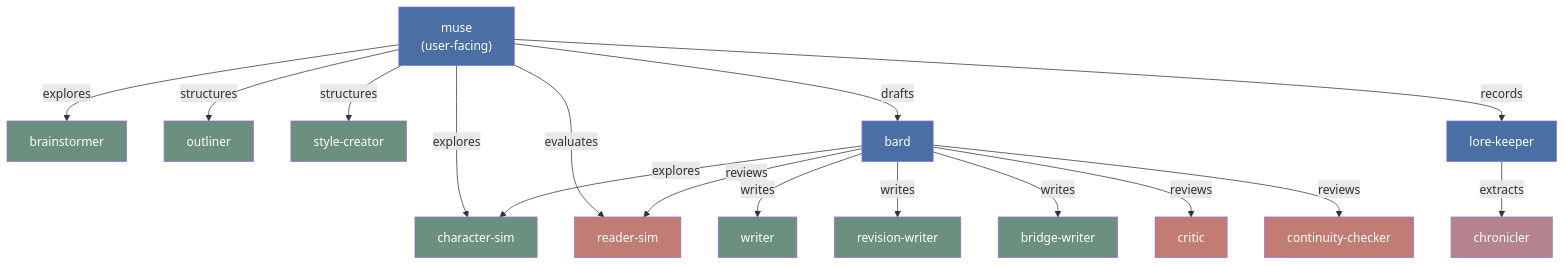
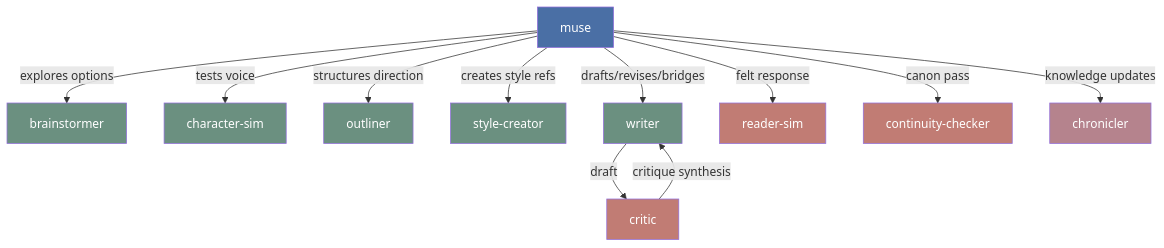
One commit to haowjy/creative-writing-skills changed the first of 2 diagrams in docs/architecture.md. Above: the diagram before and after it, drawn with Mermaid. The commit also changed other lines of this file and 56 other files, not shown here.

````diff
--- a/docs/architecture.md
+++ b/docs/architecture.md
@@ -7,32 +10,27 @@
 ```mermaid
 graph TD
-    SO["muse<br/>(user-facing)"]
+    M[muse]
 
-    SO -->|explores| BS[brainstormer]
-    SO -->|explores| CS[character-sim]
-    SO -->|evaluates| RS[reader-sim]
-    SO -->|structures| OL[outliner]
-    SO -->|structures| SC[style-creator]
-    SO -->|drafts| DO[bard]
-    SO -->|records| KO[lore-keeper]
+    M -->|explores options| B[brainstormer]
+    M -->|tests voice| CS[character-sim]
+    M -->|structures direction| O[outliner]
+    M -->|creates style refs| S[style-creator]
 
-    DO -->|writes| WR[writer]
-    DO -->|writes| RW[revision-writer]
-    DO -->|writes| BW[bridge-writer]
-    DO -->|explores| CS[character-sim]
-    DO -->|reviews| CR[critic]
-    DO -->|reviews| CC[continuity-checker]
-    DO -->|reviews| RS[reader-sim]
+    M -->|drafts/revises/bridges| W[writer]
+    W -->|draft| C[critic]
+    C -->|critique synthesis| W
+    M -->|felt response| R[reader-sim]
+    M -->|canon pass| CC[continuity-checker]
 
-    KO -->|extracts| CH[chronicler]
+    M -->|knowledge updates| CH[chronicler]
 
-    classDef orch fill:#4a6fa5,color:#fff
-    classDef creative fill:#6b9080,color:#fff
+    classDef lead fill:#4a6fa5,color:#fff
+    classDef create fill:#6b9080,color:#fff
     classDef review fill:#c17c74,color:#fff
     classDef knowledge fill:#b5838d,color:#fff
 
-    class SO,DO,KO orch
-    class BS,OL,WR,RW,BW,SC,CS creative
-    class CR,CC,RS review
+    class M lead
+    class B,CS,O,S,W create
+    class C,R,CC review
     class CH knowledge
 ```
````
